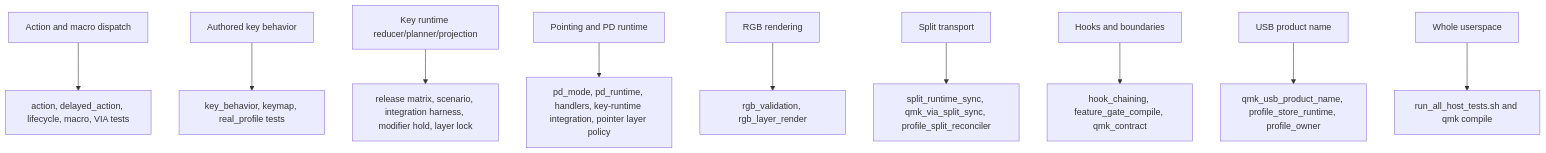
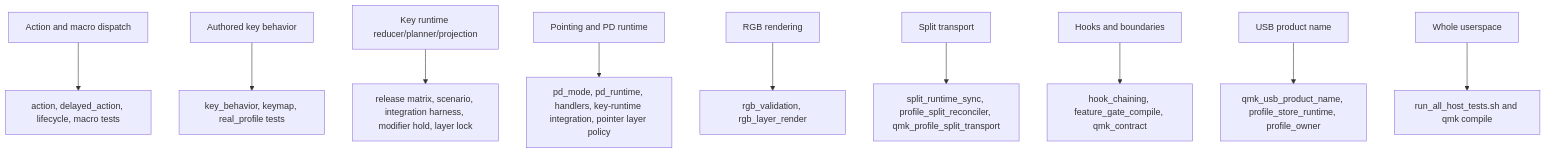
Diagram 11 of 11 in docs/architecture/runtime-flow.md (NoahCLR/charybdis-4x6), drawn with Mermaid before and after one commit. The commit also changed other lines of this file and 198 other files, not shown here.

````diff
--- a/docs/architecture/runtime-flow.md
+++ b/docs/architecture/runtime-flow.md
@@ -614,12 +598,12 @@
 ```mermaid
 flowchart TD
-    action["Action and macro dispatch"] --> action_tests["action, delayed_action, lifecycle, macro, VIA tests"]
+    action["Action and macro dispatch"] --> action_tests["action, delayed_action, lifecycle, macro tests"]
     key_behavior["Authored key behavior"] --> behavior_tests["key_behavior, keymap, real_profile tests"]
     key_runtime["Key runtime reducer/planner/projection"] --> runtime_tests["release matrix, scenario, integration harness, modifier hold, layer lock"]
     pd["Pointing and PD runtime"] --> pd_tests["pd_mode, pd_runtime, handlers, key-runtime integration, pointer layer policy"]
     rgb["RGB rendering"] --> rgb_tests["rgb_validation, rgb_layer_render"]
-    split["Split transport"] --> split_tests["split_runtime_sync, qmk_via_split_sync, profile_split_reconciler"]
+    split["Split transport"] --> split_tests["split_runtime_sync, profile_split_reconciler, qmk_profile_split_transport"]
     hooks["Hooks and boundaries"] --> boundary_tests["hook_chaining, feature_gate_compile, qmk_contract"]
     usb_name["USB product name"] --> usb_name_tests["qmk_usb_product_name, profile_store_runtime, profile_owner"]
     all["Whole userspace"] --> full["run_all_host_tests.sh and qmk compile"]
 ```
````
